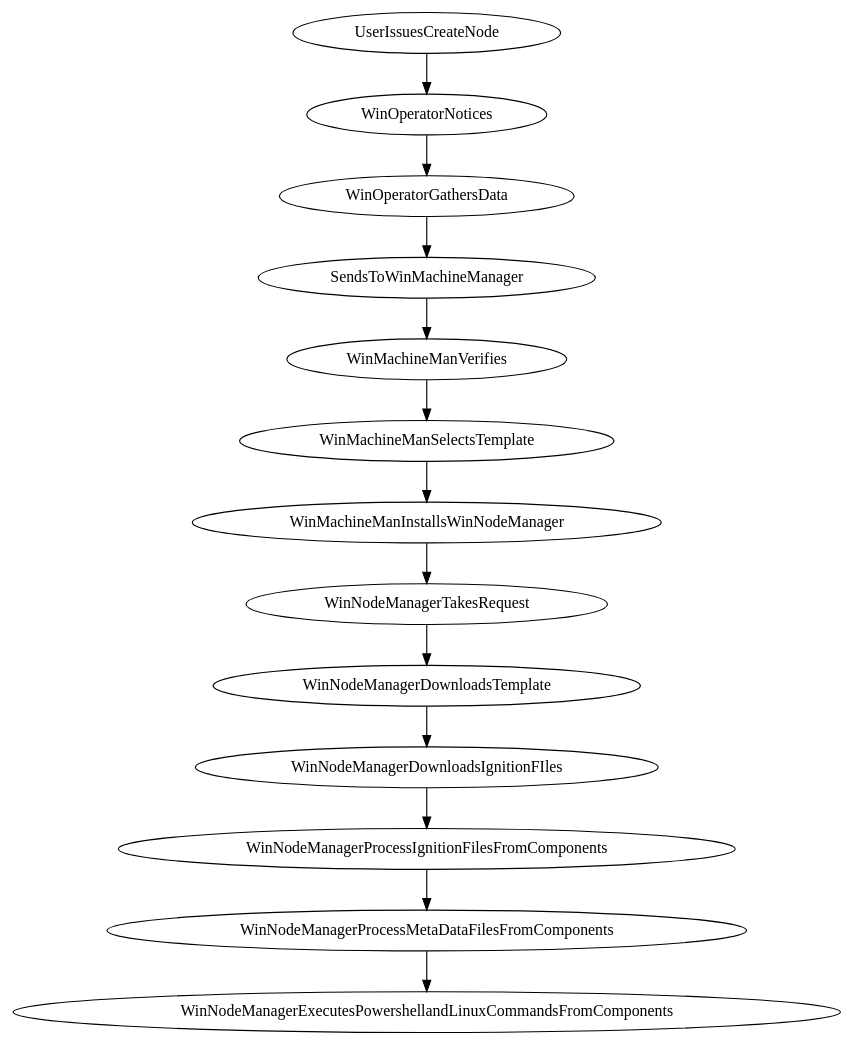
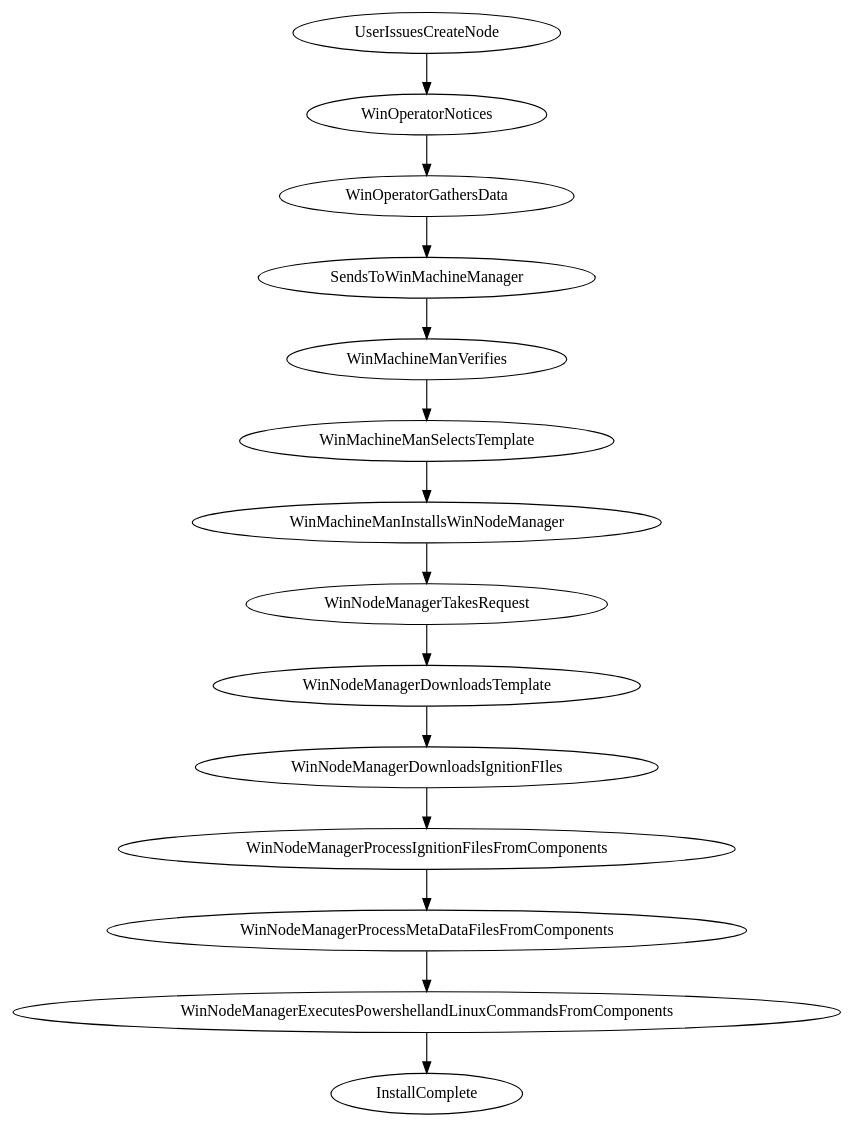
The diagram in doc/overview.dot (glennswest/winoperator), drawn with Graphviz before and after one commit. The commit also changed 1 other file, not shown here.

Commit message:
Add complete on overview

```diff
--- a/doc/overview.dot
+++ b/doc/overview.dot
@@ -1,3 +1,3 @@
 digraph Overview {
-UserIssuesCreateNode -> WinOperatorNotices -> WinOperatorGathersData -> SendsToWinMachineManager -> WinMachineManVerifies -> WinMachineManSelectsTemplate -> WinMachineManInstallsWinNodeManager -> WinNodeManagerTakesRequest -> WinNodeManagerDownloadsTemplate -> WinNodeManagerDownloadsIgnitionFIles -> WinNodeManagerProcessIgnitionFilesFromComponents -> WinNodeManagerProcessMetaDataFilesFromComponents -> WinNodeManagerExecutesPowershellandLinuxCommandsFromComponents;
+UserIssuesCreateNode -> WinOperatorNotices -> WinOperatorGathersData -> SendsToWinMachineManager -> WinMachineManVerifies -> WinMachineManSelectsTemplate -> WinMachineManInstallsWinNodeManager -> WinNodeManagerTakesRequest -> WinNodeManagerDownloadsTemplate -> WinNodeManagerDownloadsIgnitionFIles -> WinNodeManagerProcessIgnitionFilesFromComponents -> WinNodeManagerProcessMetaDataFilesFromComponents -> WinNodeManagerExecutesPowershellandLinuxCommandsFromComponents -> InstallComplete;
 }
```
